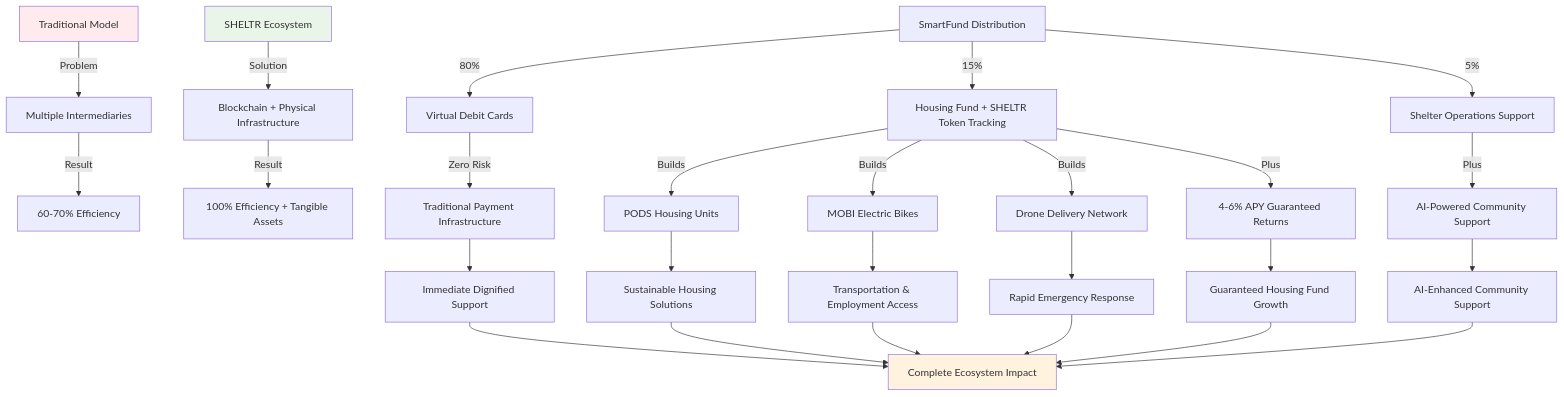
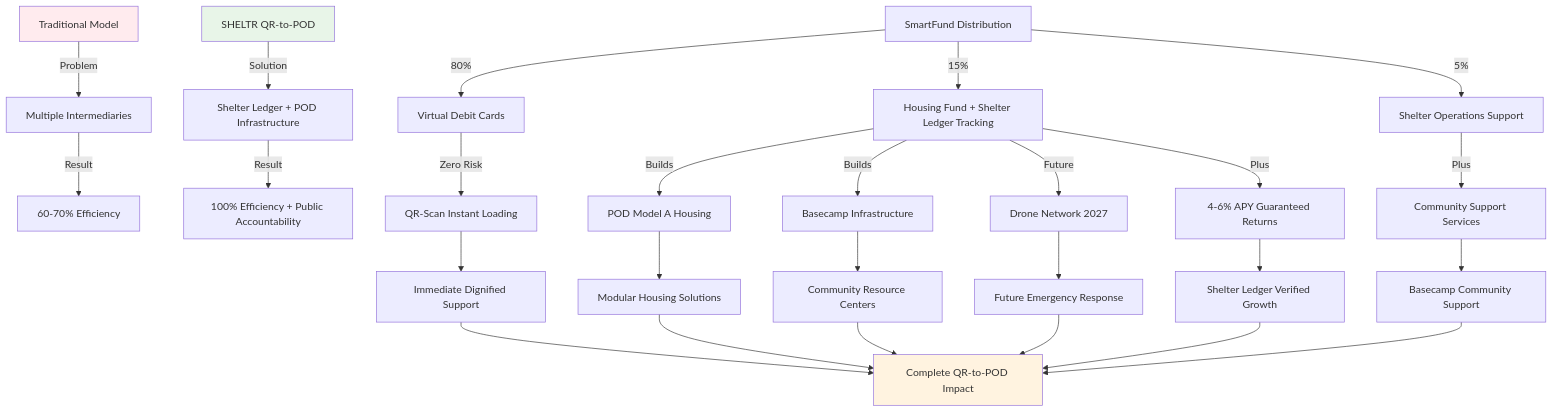
The diagram in docs/overview/hacking_homelessness.md (mrj0nesmtl/sheltr-ai), drawn with Mermaid before and after one commit. The commit also changed other lines of this file, not shown here.

````diff
--- a/docs/overview/hacking_homelessness.md
+++ b/docs/overview/hacking_homelessness.md
@@ -64,37 +66,37 @@
 ```mermaid
 graph TD
     A[Traditional Model] -->|Problem| B[Multiple Intermediaries]
     B -->|Result| C[60-70% Efficiency]
     
-    D[SHELTR Ecosystem] -->|Solution| E[Blockchain + Physical Infrastructure]
-    E -->|Result| F[100% Efficiency + Tangible Assets]
+    D[SHELTR QR-to-POD] -->|Solution| E[Shelter Ledger + POD Infrastructure]
+    E -->|Result| F[100% Efficiency + Public Accountability]
     
     G[SmartFund Distribution] -->|80%| H[Virtual Debit Cards]
-    G -->|15%| I[Housing Fund + SHELTR Token Tracking]
+    G -->|15%| I[Housing Fund + Shelter Ledger Tracking]
     G -->|5%| J[Shelter Operations Support]
     
-    H -->|Zero Risk| K[Traditional Payment Infrastructure]
-    I -->|Builds| L[PODS Housing Units]
-    I -->|Builds| M[MOBI Electric Bikes]
-    I -->|Builds| N[Drone Delivery Network]
+    H -->|Zero Risk| K[QR-Scan Instant Loading]
+    I -->|Builds| L[POD Model A Housing]
+    I -->|Builds| M[Basecamp Infrastructure]
+    I -->|Future| N[Drone Network 2027]
     I -->|Plus| O[4-6% APY Guaranteed Returns]
-    J -->|Plus| P[AI-Powered Community Support]
+    J -->|Plus| P[Community Support Services]
     
     K --> Q[Immediate Dignified Support]
-    L --> R[Sustainable Housing Solutions]
-    M --> S[Transportation & Employment Access]
-    N --> T[Rapid Emergency Response]
-    O --> U[Guaranteed Housing Fund Growth]
-    P --> V[AI-Enhanced Community Support]
+    L --> R[Modular Housing Solutions]
+    M --> S[Community Resource Centers]
+    N --> T[Future Emergency Response]
+    O --> U[Shelter Ledger Verified Growth]
+    P --> V[Basecamp Community Support]
     
-    Q --> W[Complete Ecosystem Impact]
+    Q --> W[Complete QR-to-POD Impact]
     R --> W
     S --> W
     T --> W
     U --> W
     V --> W
     
     style A fill:#ffebee
     style D fill:#e8f5e8
     style W fill:#fff3e0
 ```
````
